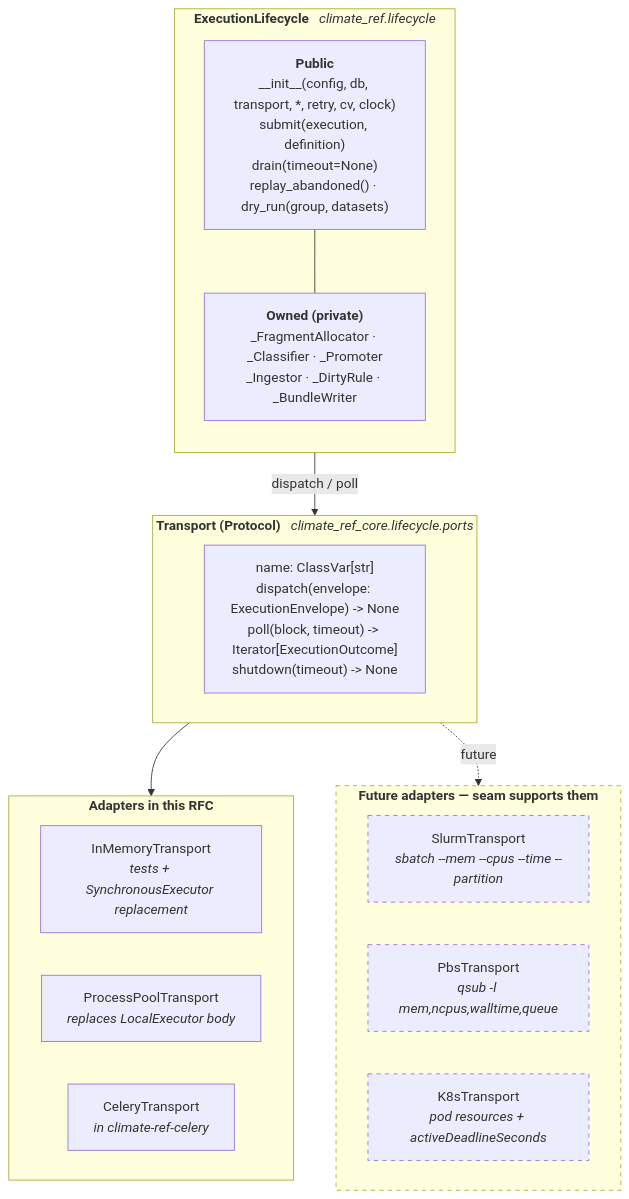
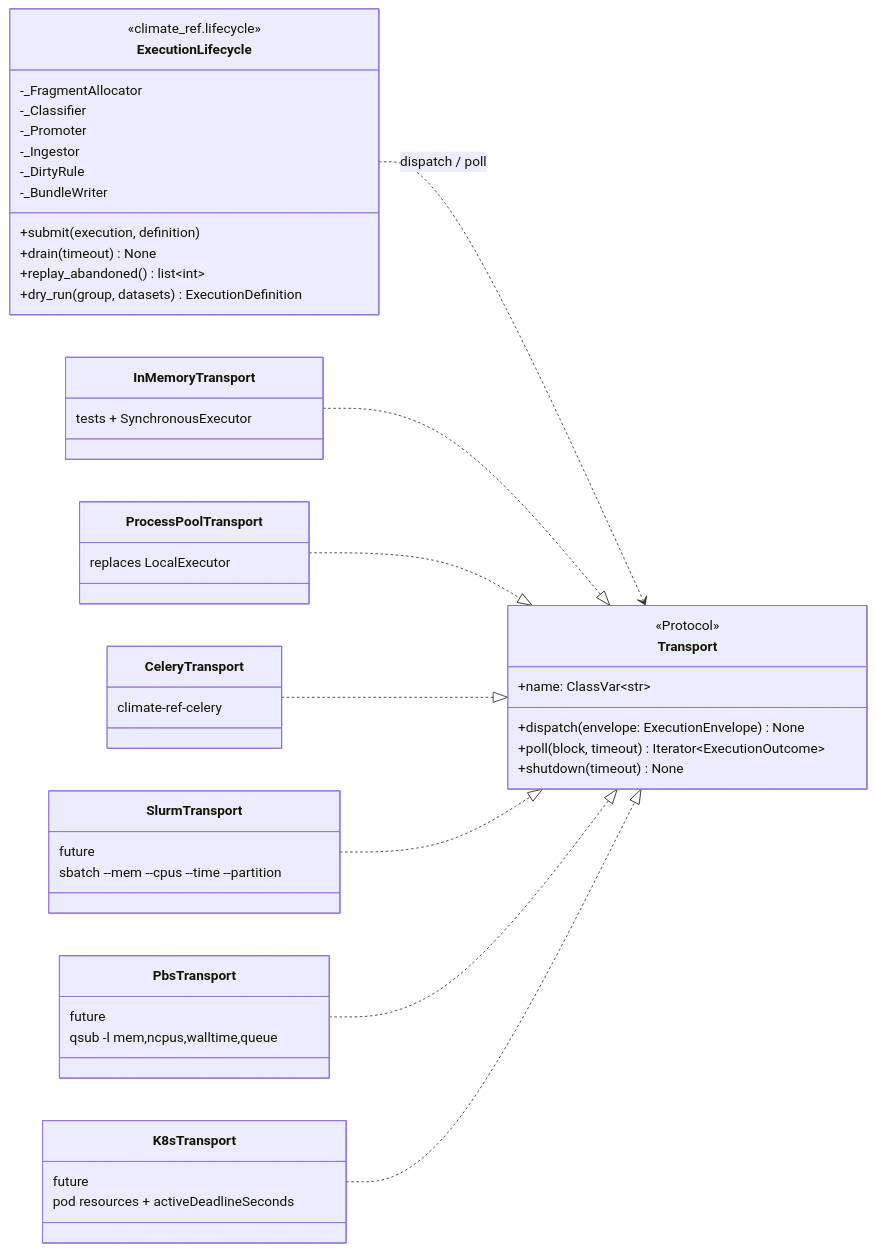
Before and after one commit to Climate-REF/rfcs: the first of 3 diagrams in text/0003-execution-lifecycle.md, drawn with Mermaid.

Commit message:
rfc(execution-lifecycle): swap module boundary to classDiagram
Mermaid classDiagram is idiomatic for the Protocol + adapters pattern.
LR layout fits PR width; method signatures stay legible without HTML hacks.

````diff
--- a/text/0003-execution-lifecycle.md
+++ b/text/0003-execution-lifecycle.md
@@ -137,35 +137,56 @@
 ```mermaid
-flowchart TB
-    subgraph Lifecycle["<b>ExecutionLifecycle</b> &nbsp; <i>climate_ref.lifecycle</i>"]
-        direction TB
-        Public["<b>Public</b><br/>__init__(config, db, transport, *, retry, cv, clock)<br/>submit(execution, definition)<br/>drain(timeout=None)<br/>replay_abandoned() · dry_run(group, datasets)"]
-        Private["<b>Owned (private)</b><br/>_FragmentAllocator · _Classifier · _Promoter<br/>_Ingestor · _DirtyRule · _BundleWriter"]
-        Public --- Private
-    end
+classDiagram
+    direction LR
 
-    Lifecycle -- dispatch / poll --> Port
+    class ExecutionLifecycle {
+        <<climate_ref.lifecycle>>
+        +submit(execution, definition)
+        +drain(timeout) None
+        +replay_abandoned() list~int~
+        +dry_run(group, datasets) ExecutionDefinition
+        -_FragmentAllocator
+        -_Classifier
+        -_Promoter
+        -_Ingestor
+        -_DirtyRule
+        -_BundleWriter
+    }
 
-    subgraph Port["<b>Transport (Protocol)</b> &nbsp; <i>climate_ref_core.lifecycle.ports</i>"]
-        TP["name: ClassVar[str]<br/>dispatch(envelope: ExecutionEnvelope) -> None<br/>poll(block, timeout) -> Iterator[ExecutionOutcome]<br/>shutdown(timeout) -> None"]
-    end
+    class Transport {
+        <<Protocol>>
+        +name: ClassVar~str~
+        +dispatch(envelope: ExecutionEnvelope) None
+        +poll(block, timeout) Iterator~ExecutionOutcome~
+        +shutdown(timeout) None
+    }
 
-    Port --> Today
-    Port -.future.-> Future
+    class InMemoryTransport {
+        tests + SynchronousExecutor
+    }
+    class ProcessPoolTransport {
+        replaces LocalExecutor
+    }
+    class CeleryTransport {
+        climate-ref-celery
+    }
+    class SlurmTransport {
+        future
+        sbatch --mem --cpus --time --partition
+    }
+    class PbsTransport {
+        future
+        qsub -l mem,ncpus,walltime,queue
+    }
+    class K8sTransport {
+        future
+        pod resources + activeDeadlineSeconds
+    }
 
-    subgraph Today["<b>Adapters in this RFC</b>"]
-        direction LR
-        InMem["InMemoryTransport<br/><i>tests + SynchronousExecutor replacement</i>"]
-        PP["ProcessPoolTransport<br/><i>replaces LocalExecutor body</i>"]
-        CT["CeleryTransport<br/><i>in climate-ref-celery</i>"]
-    end
-
-    subgraph Future["<b>Future adapters &mdash; seam supports them</b>"]
-        direction LR
-        SLURM["SlurmTransport<br/><i>sbatch --mem --cpus --time --partition</i>"]
-        PBS["PbsTransport<br/><i>qsub -l mem,ncpus,walltime,queue</i>"]
-        K8s["K8sTransport<br/><i>pod resources + activeDeadlineSeconds</i>"]
-    end
-
-    classDef future stroke-dasharray: 5 5
-    class Future,SLURM,PBS,K8s future
+    ExecutionLifecycle ..> Transport : dispatch / poll
+    InMemoryTransport ..|> Transport
+    ProcessPoolTransport ..|> Transport
+    CeleryTransport ..|> Transport
+    SlurmTransport ..|> Transport
+    PbsTransport ..|> Transport
+    K8sTransport ..|> Transport
 ```
````
